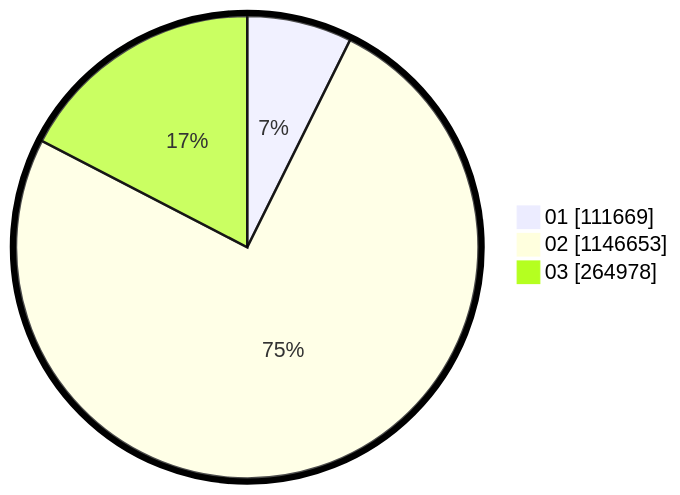
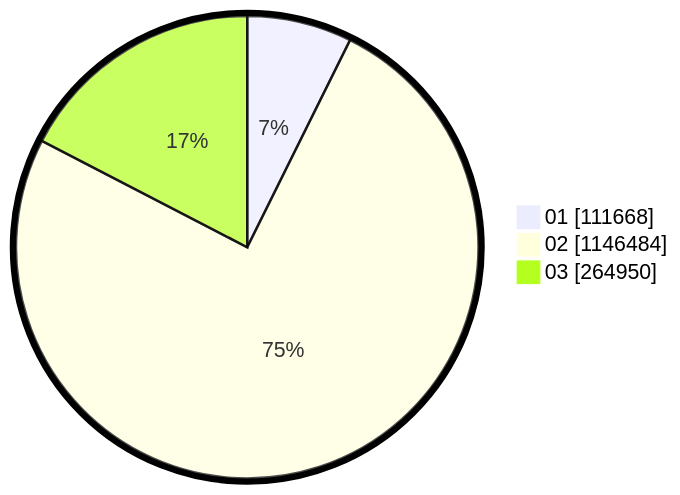
The second of 2 diagrams in pilpres/hitung-suara/sub/table-wilayah-71.md (gigit-pemilu/pemilu-2024), drawn with Mermaid before and after one commit. The commit also changed other lines of this file and 5 other files, not shown here.

````diff
--- a/pilpres/hitung-suara/sub/table-wilayah-71.md
+++ b/pilpres/hitung-suara/sub/table-wilayah-71.md
@@ -15,7 +15,7 @@
 ```mermaid
 %%{init: {"pie": {"textPosition": 0.5}, "themeVariables": {"pieOuterStrokeWidth": "5px"}} }%%
 pie showData
-    "01" : 111669
-    "02" : 1146653
-    "03" : 264978
+    "01" : 111668
+    "02" : 1146484
+    "03" : 264950
 ```
````
